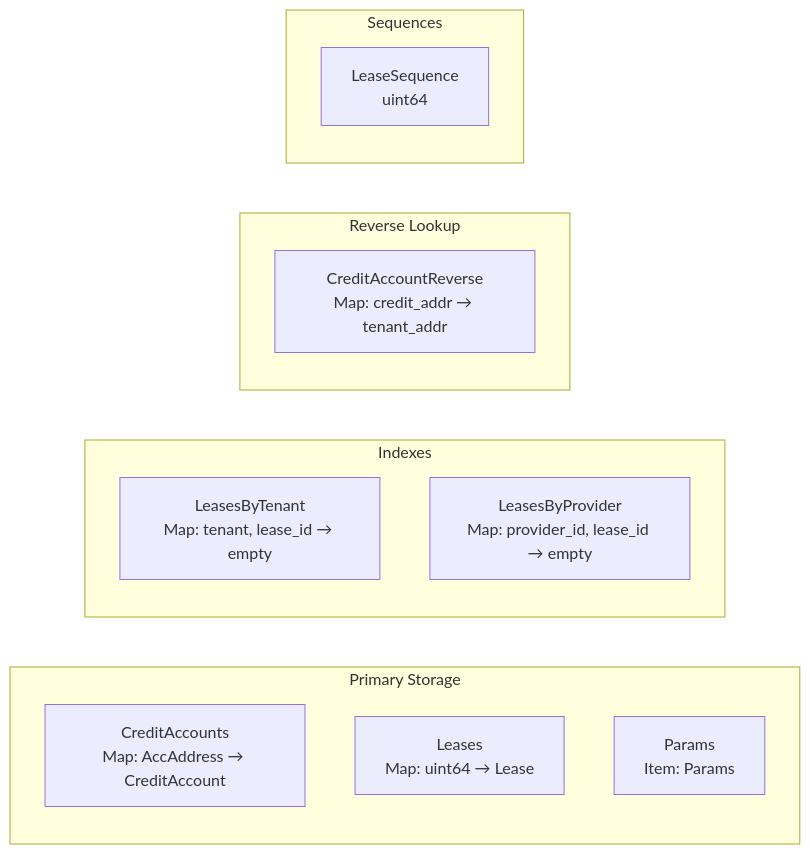
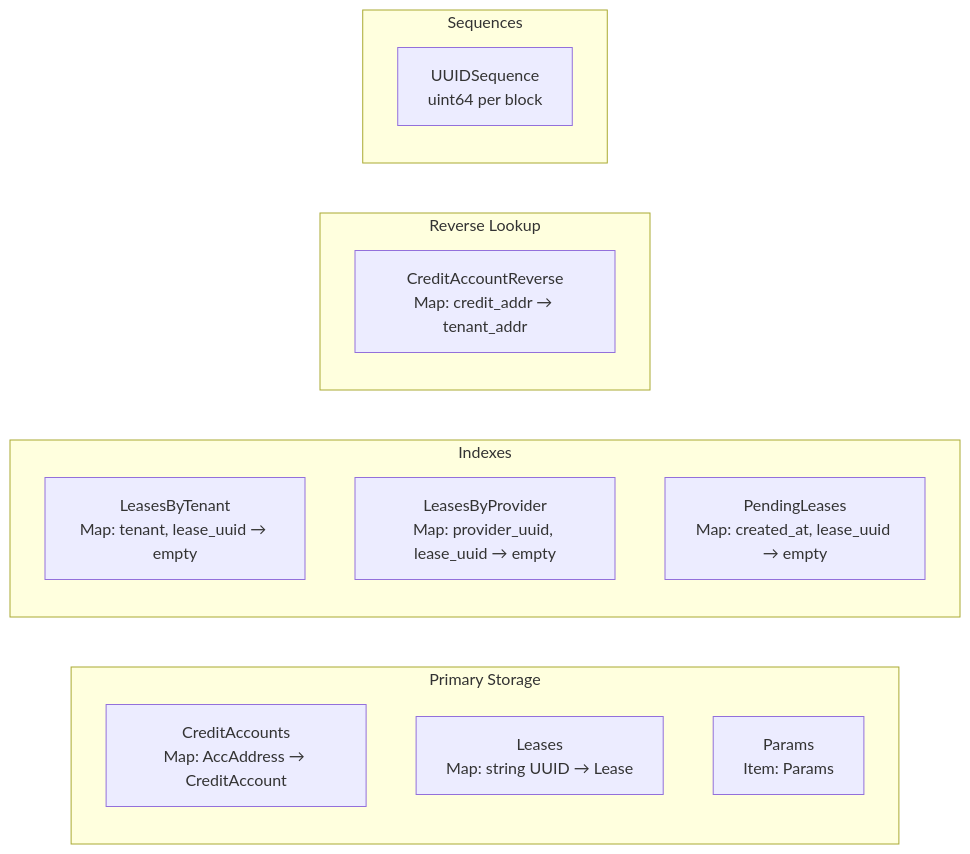
Before and after one commit to manifest-network/manifest-ledger: the third of 12 diagrams in x/billing/docs/ARCHITECTURE.md, drawn with Mermaid. The commit also changed other lines of this file and 26 other files, not shown here.

````diff
--- a/x/billing/docs/ARCHITECTURE.md
+++ b/x/billing/docs/ARCHITECTURE.md
@@ -125,21 +143,22 @@
 ```mermaid
 graph LR
     subgraph "Primary Storage"
         CreditAccounts[CreditAccounts<br/>Map: AccAddress → CreditAccount]
-        Leases[Leases<br/>Map: uint64 → Lease]
+        Leases[Leases<br/>Map: string UUID → Lease]
         Params[Params<br/>Item: Params]
     end
     
     subgraph "Indexes"
-        TenantIdx[LeasesByTenant<br/>Map: tenant, lease_id → empty]
-        ProviderIdx[LeasesByProvider<br/>Map: provider_id, lease_id → empty]
+        TenantIdx[LeasesByTenant<br/>Map: tenant, lease_uuid → empty]
+        ProviderIdx[LeasesByProvider<br/>Map: provider_uuid, lease_uuid → empty]
+        PendingIdx[PendingLeases<br/>Map: created_at, lease_uuid → empty]
     end
     
     subgraph "Reverse Lookup"
         CreditReverse[CreditAccountReverse<br/>Map: credit_addr → tenant_addr]
     end
     
     subgraph "Sequences"
-        LeaseSeq[LeaseSequence<br/>uint64]
+        UUIDSeq[UUIDSequence<br/>uint64 per block]
     end
 ```
````
